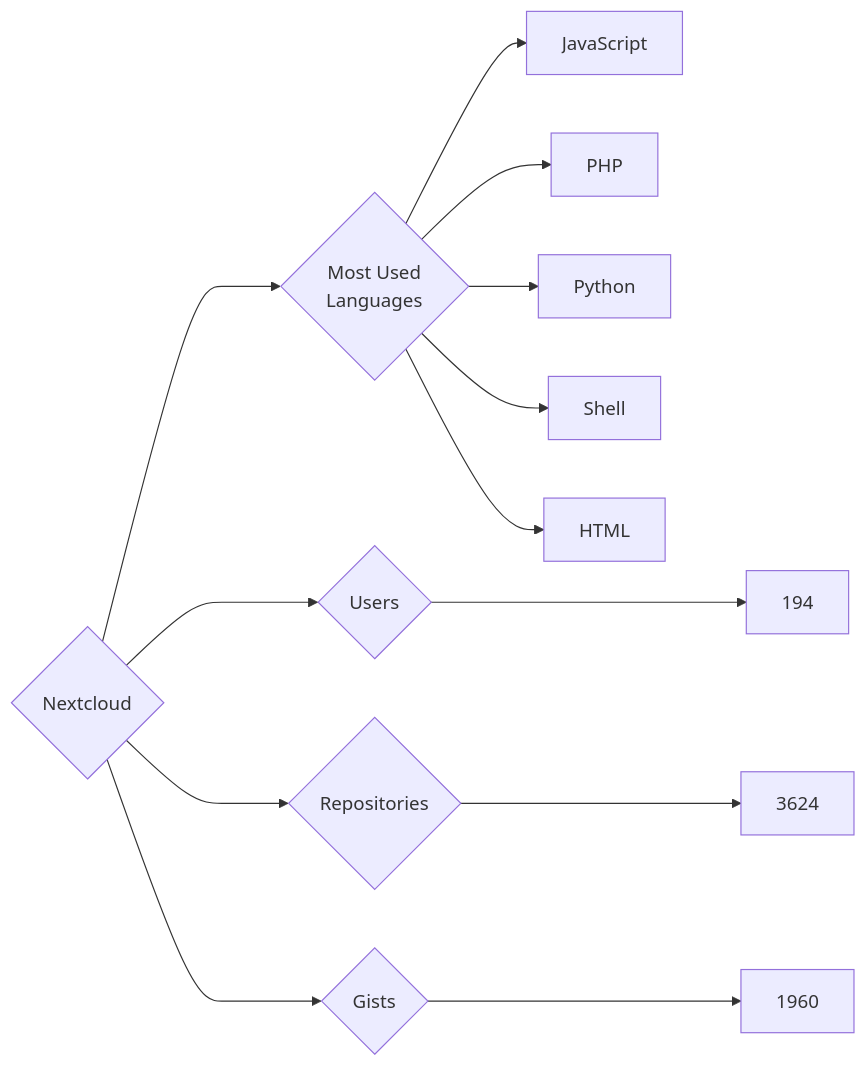
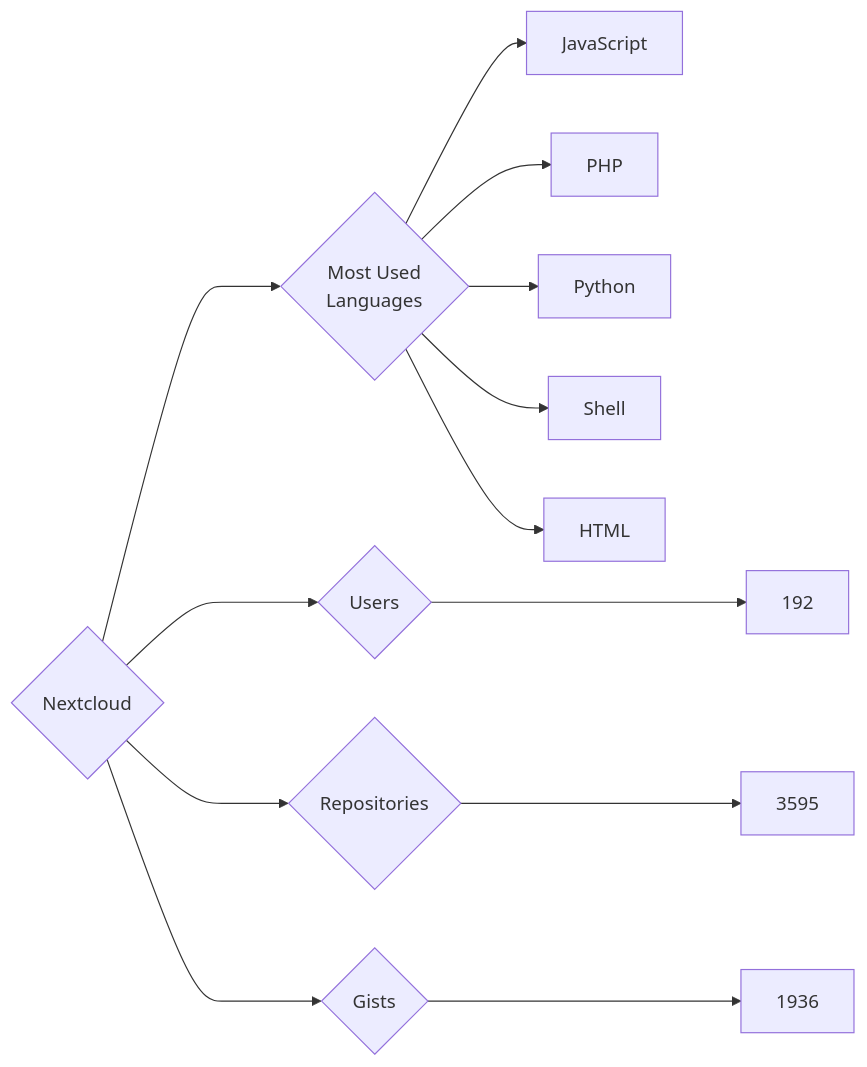
Before and after one commit to trickest/insiders: the diagram in targets/Nextcloud/README.md, drawn with Mermaid. The commit also changed 1484 other files, not shown here.

````diff
--- a/targets/Nextcloud/README.md
+++ b/targets/Nextcloud/README.md
@@ -3,13 +3,13 @@
 ```mermaid
 graph LR
 COMPANY_NAME{Nextcloud}
-COMPANY_NAME ---> U{Users} ---> UN[194]
-COMPANY_NAME ---> R{Repositories} ---> RN[3624]
-COMPANY_NAME ---> G{Gists} ---> GN[1960]
+COMPANY_NAME ---> U{Users} ---> UN[192]
+COMPANY_NAME ---> R{Repositories} ---> RN[3595]
+COMPANY_NAME ---> G{Gists} ---> GN[1936]
 COMPANY_NAME ---> ML{Most Used<br>Languages}
 ML --> JavaScript[JavaScript]
 ML --> PHP[PHP]
 ML --> Python[Python]
 ML --> Shell[Shell]
 ML --> HTML[HTML]
 ```
````
